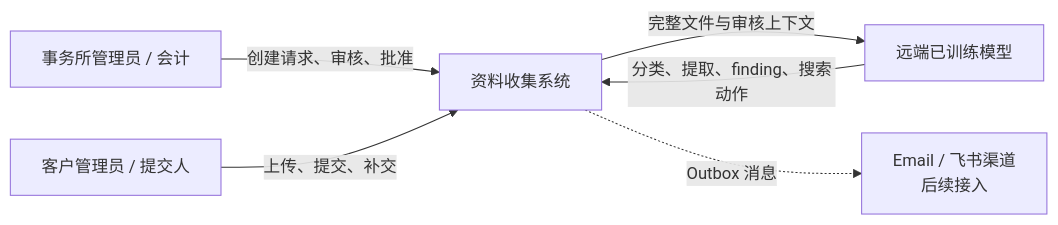
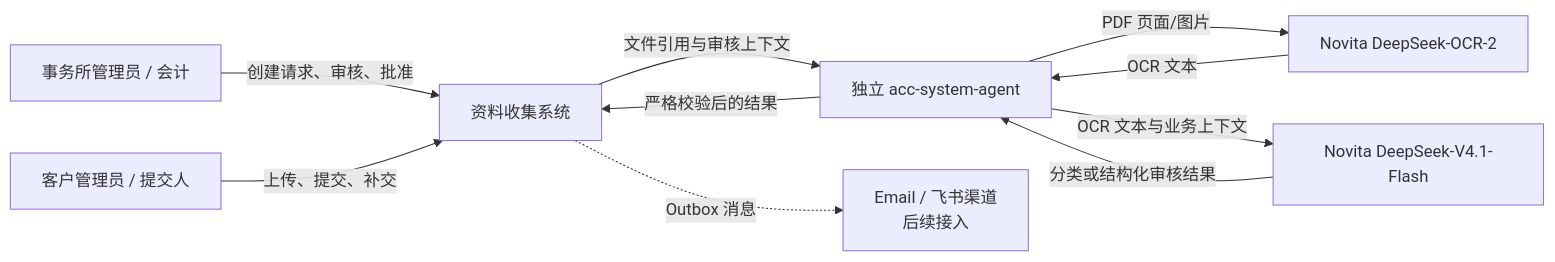
One commit to multi-mind-nus/acc-system-docs changed the first of 7 diagrams in README_系统设计说明书.md. Above: the diagram before and after it, drawn with Mermaid. The commit also changed other lines of this file and 5 other files, not shown here.

Commit message:
docs: add Folio architecture diagrams and refresh design documentation

````diff
--- a/README_系统设计说明书.md
+++ b/README_系统设计说明书.md
@@ -150,14 +157,20 @@
 ```mermaid
 flowchart LR
     Staff[事务所管理员 / 会计]
     Client[客户管理员 / 提交人]
     System[资料收集系统]
-    Model[远端已训练模型]
+    Agent[独立 acc-system-agent]
+    OCR[Novita DeepSeek-OCR-2]
+    Flash[Novita DeepSeek-V4.1-Flash]
     Notify[Email / 飞书渠道\n后续接入]
 
     Staff -->|创建请求、审核、批准| System
     Client -->|上传、提交、补交| System
-    System -->|完整文件与审核上下文| Model
-    Model -->|分类、提取、finding、搜索动作| System
+    System -->|文件引用与审核上下文| Agent
+    Agent -->|PDF 页面/图片| OCR
+    OCR -->|OCR 文本| Agent
+    Agent -->|OCR 文本与业务上下文| Flash
+    Flash -->|分类或结构化审核结果| Agent
+    Agent -->|严格校验后的结果| System
     System -.->|Outbox 消息| Notify
 ```
````
